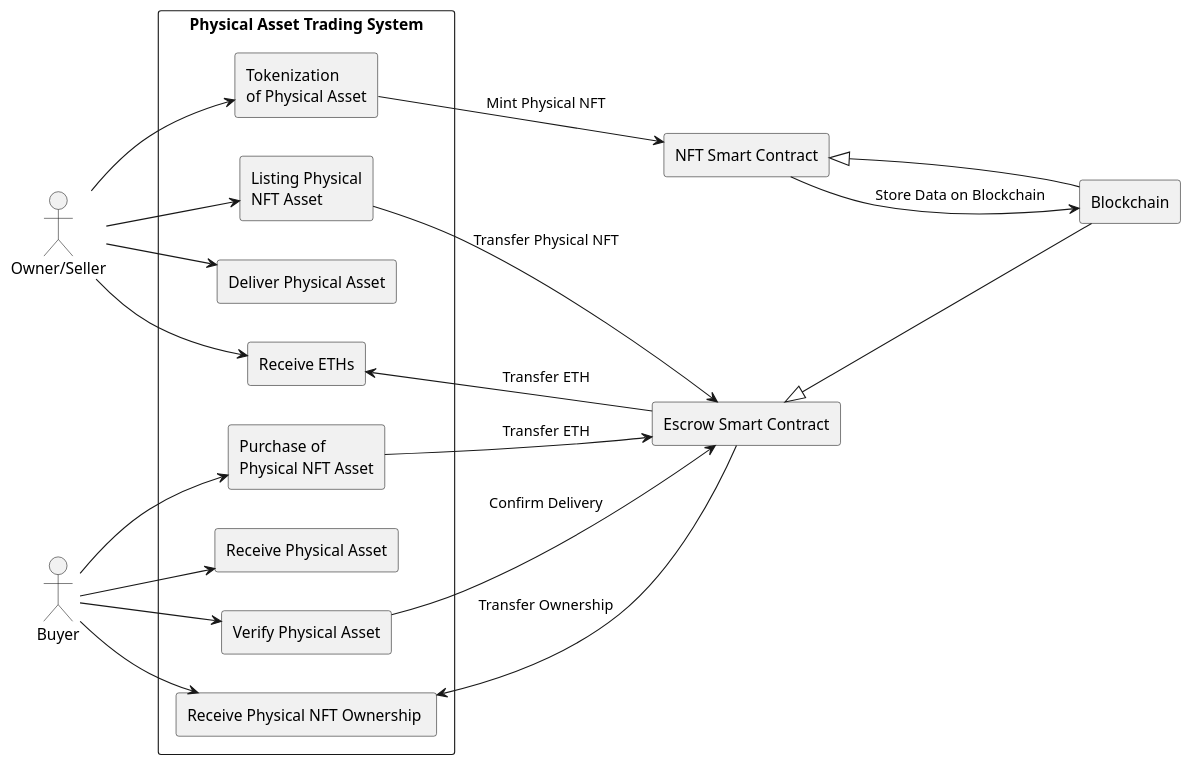
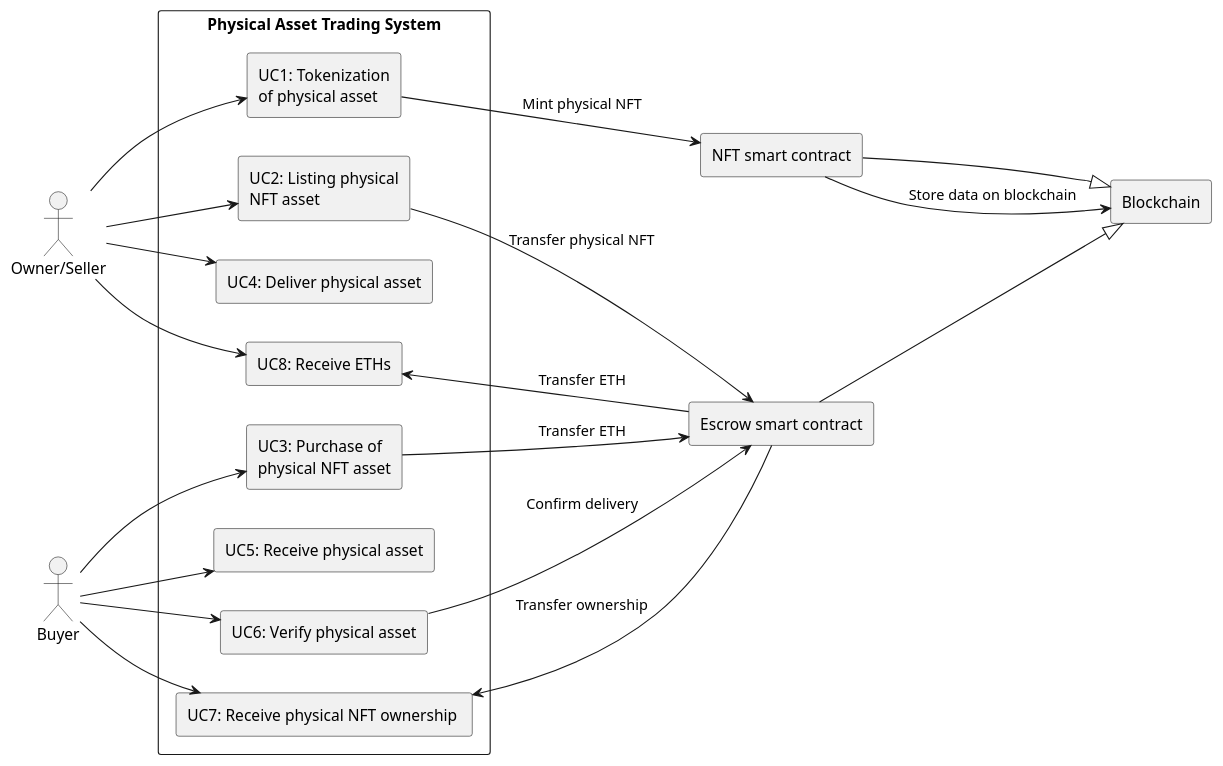
Before and after one commit to bee-force/phygital-bee-token2: the diagram in src/plantumldiagrams/usecase2.plantuml, drawn with PlantUML. The commit also changed 8 other files, not shown here.

```diff
--- a/src/plantumldiagrams/usecase2.plantuml
+++ b/src/plantumldiagrams/usecase2.plantuml
@@ -1,54 +1,54 @@
 @startuml usecase2
 left to right direction
 skinparam packageStyle rectangle
 
 actor Owner as "Owner/Seller"
 actor Buyer as "Buyer"
 
 rectangle "Blockchain" as Blockchain
-rectangle "NFT Smart Contract" as NFTContract
-rectangle "Escrow Smart Contract" as EscrowContract
+rectangle "NFT smart contract" as NFTContract
+rectangle "Escrow smart contract" as EscrowContract
 
 rectangle "Physical Asset Trading System" {
-  rectangle "Tokenization\nof Physical Asset" as Tokenization
-  rectangle "Listing Physical\nNFT Asset" as Listing
-  rectangle "Purchase of\nPhysical NFT Asset" as Purchase
-  rectangle "Deliver Physical Asset" as Delivery
-  rectangle "Receive Physical Asset" as Receive
-  rectangle "Verify Physical Asset" as Verification
-  rectangle "Receive Physical NFT Ownership " as NFTOwnership
-  rectangle "Receive ETHs" as ETH
+  rectangle "UC1: Tokenization\nof physical asset" as Tokenization
+  rectangle "UC2: Listing physical\nNFT asset" as Listing
+  rectangle "UC3: Purchase of\nphysical NFT asset" as Purchase
+  rectangle "UC4: Deliver physical asset" as Delivery
+  rectangle "UC5: Receive physical asset" as Receive
+  rectangle "UC6: Verify physical asset" as Verification
+  rectangle "UC7: Receive physical NFT ownership " as NFTOwnership
+  rectangle "UC8: Receive ETHs" as ETH
 
   Owner --> Tokenization
-  Tokenization --> NFTContract : Mint Physical NFT
+  Tokenization --> NFTContract : Mint physical NFT
 
-  NFTContract --> Blockchain : Store Data on Blockchain
+  NFTContract --> Blockchain : Store data on blockchain
 
   Owner --> Listing
-  Listing --> EscrowContract : Transfer Physical NFT
+  Listing --> EscrowContract : Transfer physical NFT
 
   Buyer --> Purchase
   Purchase --> EscrowContract : Transfer ETH
 
   Owner --> Delivery
 
   Buyer --> Receive
 
   Buyer --> Verification
 
-  Verification --> EscrowContract : Confirm Delivery
+  Verification --> EscrowContract : Confirm delivery
 
   Buyer --> NFTOwnership
   
-  EscrowContract --> NFTOwnership : Transfer Ownership
+  EscrowContract --> NFTOwnership : Transfer ownership
 
   Owner --> ETH
 
   EscrowContract --> ETH : Transfer ETH 
 
-  NFTContract <|-- Blockchain
+  NFTContract --|> Blockchain
 
-  EscrowContract <|-- Blockchain
+  EscrowContract --|> Blockchain
 }
 
 @enduml
```
